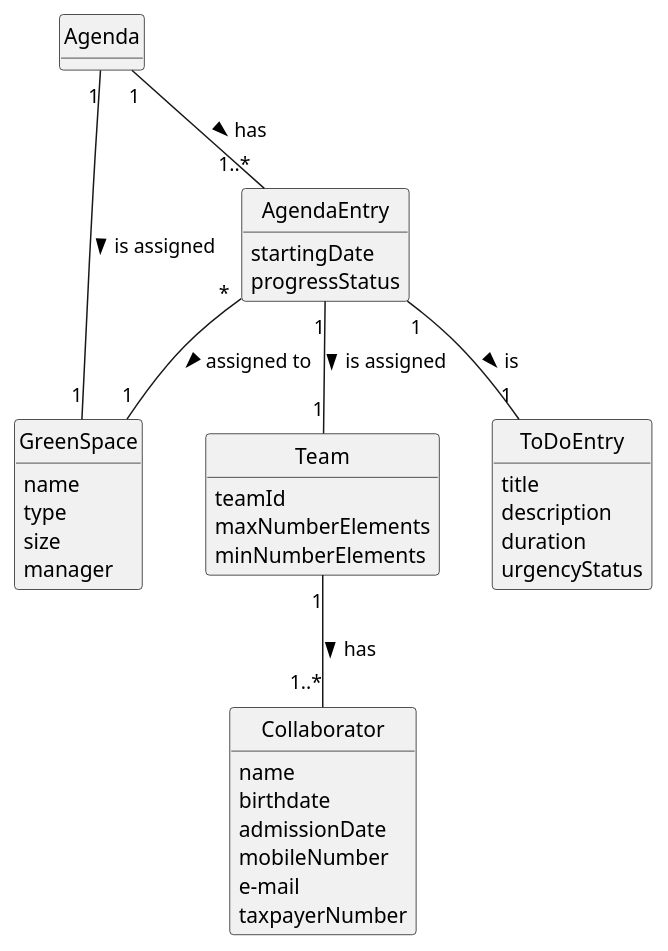
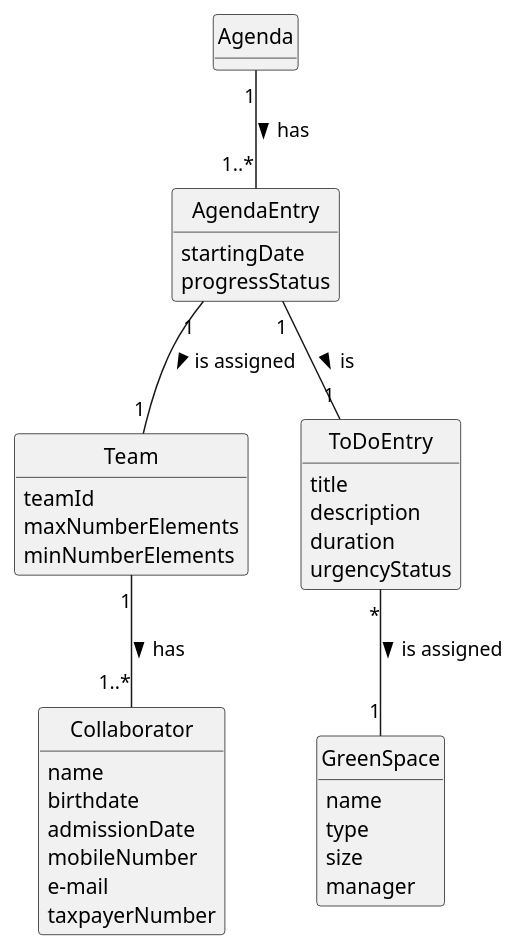
Before and after one commit to ricardomm7/leaflink: the diagram in docs/sprintC/us024/02.analysis/puml/us024-domain-model.puml, drawn with PlantUML. The commit also changed 12 other files, not shown here.

```diff
--- a/docs/sprintC/us024/02.analysis/puml/us024-domain-model.puml
+++ b/docs/sprintC/us024/02.analysis/puml/us024-domain-model.puml
@@ -1,70 +1,69 @@
 @startuml
 skinparam monochrome true
 skinparam packageStyle rectangle
 skinparam shadowing false
 
 'left to right direction
 
 skinparam classAttributeIconSize 0
 
 hide circle
 hide methods
 
 
 class Collaborator {
     name
     birthdate
     admissionDate
     mobileNumber
     e-mail
     taxpayerNumber
 }
 
 class Team {
     teamId
     maxNumberElements
     minNumberElements
 }
 
 class GreenSpace{
 name
 type
 size
 manager
 
 }
 
 class AgendaEntry {
     startingDate
     progressStatus
 
 }
 
 
 class ToDoEntry {
     title
     description
     duration
     urgencyStatus
 
 
 }
 
 class Agenda{
 }
 
 Agenda "1" -- "1..*" AgendaEntry: has >
 
 AgendaEntry "1" -- "1" ToDoEntry: is >
 
-AgendaEntry "*" -- "1" GreenSpace : assigned to >
 
 AgendaEntry "1" -- "1" Team : is assigned >
 
 Team "1" -- "1..*" Collaborator : has >
 
-Agenda "1" -- "1" GreenSpace : is assigned >
+ToDoEntry "*" -- "1" GreenSpace : is assigned >
 
 
 
 @enduml
```
